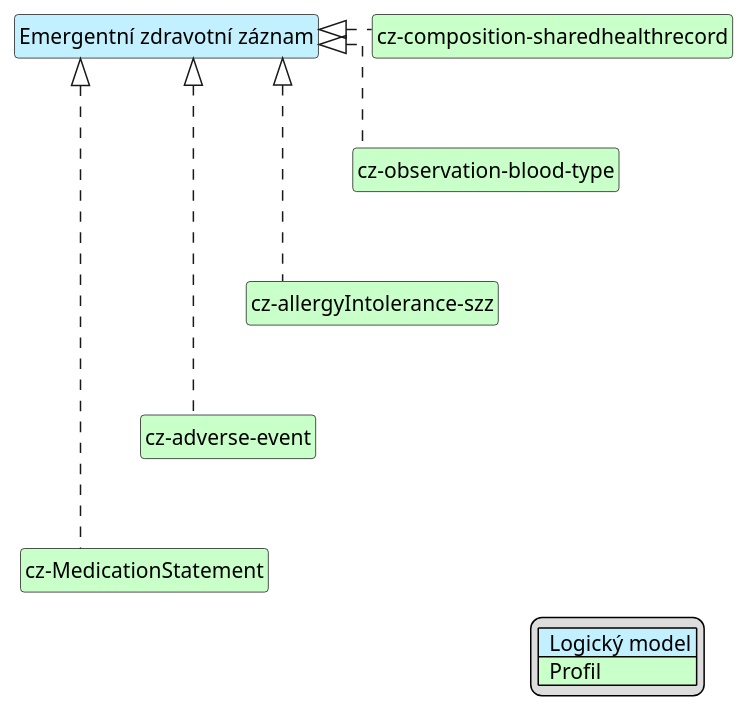
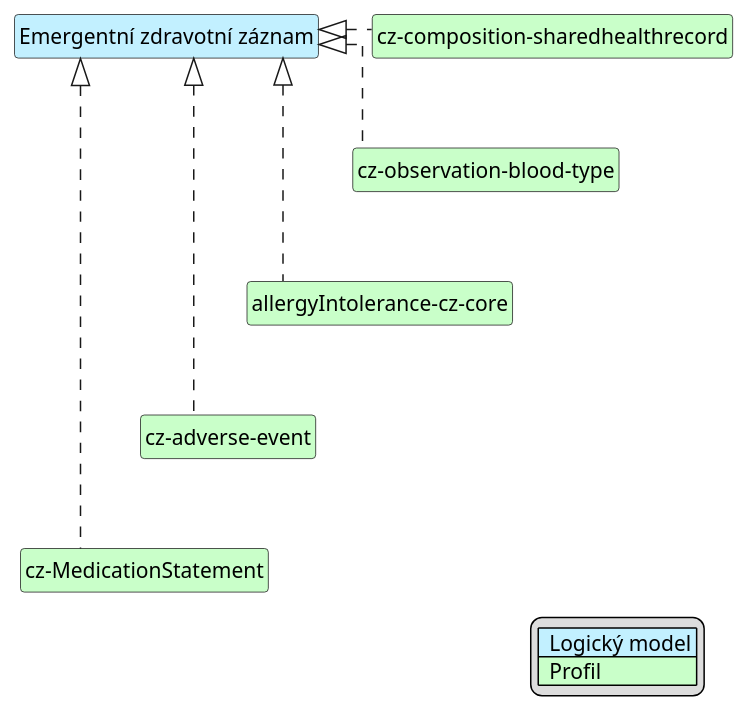
One commit to HL7-cz/szz changed the diagram in input/images-source/szz-ezz-map-cs.plantuml. Above: the diagram before and after it, drawn with PlantUML. The commit also changed 12 other files, not shown here.

```diff
--- a/input/images-source/szz-ezz-map-cs.plantuml
+++ b/input/images-source/szz-ezz-map-cs.plantuml
@@ -1,35 +1,35 @@
 @startuml
 hide circle
 hide stereotype
 hide members
 hide methods
 skinparam linetype ortho
 skinparam class {
 BackgroundColor<<LogicalModel>> #APPLICATION
 BackgroundColor<<Profile>> #TECHNOLOGY
 }
 legend right
 | <#APPLICATION>  Logický model |
 | <#TECHNOLOGY>  Profil |
 endlegend
 
 class "Emergentní zdravotní záznam" <<LogicalModel>> [[StructureDefinition-LogEmergencyRecordCz.html]]
 
 class "cz-composition-sharedhealthrecord" <<Profile>> [[StructureDefinition-cz-composition-sharedhealthrecord.html]]
 class "cz-observation-blood-type" <<Profile>> [[StructureDefinition-cz-observation-blood-type.html]]
-class "cz-allergyIntolerance-szz" <<Profile>> [[StructureDefinition-cz-allergyIntolerance-szz.html]]
+class "allergyIntolerance-cz-core" <<Profile>> [[https://build.fhir.org/ig/HL7-cz/cz-core/StructureDefinition-allergyIntolerance-cz-core.html]]
 class "cz-adverse-event" <<Profile>> [[StructureDefinition-cz-adverse-event.html]]
 class "cz-MedicationStatement" <<Profile>> [[https://build.fhir.org/ig/HL7-cz/cz-core/StructureDefinition-cz-MedicationStatement.html]]
 
 "Emergentní zdravotní záznam" <|. "cz-composition-sharedhealthrecord"
 "Emergentní zdravotní záznam" <|. "cz-observation-blood-type"
-"Emergentní zdravotní záznam" <|. "cz-allergyIntolerance-szz"
+"Emergentní zdravotní záznam" <|. "allergyIntolerance-cz-core"
 "Emergentní zdravotní záznam" <|. "cz-adverse-event"
 "Emergentní zdravotní záznam" <|. "cz-MedicationStatement"
 
 "cz-composition-sharedhealthrecord" -d[hidden]-> "cz-observation-blood-type"
-"cz-observation-blood-type" -d[hidden]-> "cz-allergyIntolerance-szz"
-"cz-allergyIntolerance-szz" -d[hidden]-> "cz-adverse-event"
+"cz-observation-blood-type" -d[hidden]-> "allergyIntolerance-cz-core"
+"allergyIntolerance-cz-core" -d[hidden]-> "cz-adverse-event"
 "cz-adverse-event" -d[hidden]-> "cz-MedicationStatement"
 
 @enduml
```
